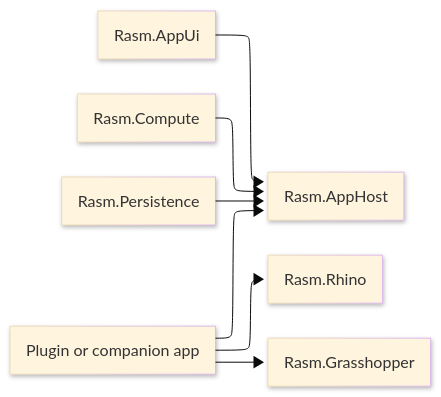
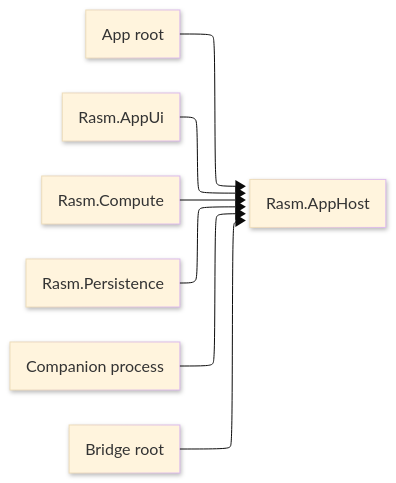
The diagram in libs/csharp/Rasm.AppHost/ARCHITECTURE.md (bsamiee/Rasm), drawn with Mermaid before and after one commit. The commit also changed other lines of this file and 65 other files, not shown here.

Commit message:
Align app package docs and package graph

````diff
--- a/libs/csharp/Rasm.AppHost/ARCHITECTURE.md
+++ b/libs/csharp/Rasm.AppHost/ARCHITECTURE.md
@@ -7,24 +7,17 @@
 ```mermaid
 ---
 config:
   layout: elk
   look: neo
   theme: base
 ---
 flowchart LR
     accTitle: AppHost runtime spine
-    accDescr: AppHost owns neutral runtime policy used by UI, compute, persistence, Rhino and Grasshopper app roots, and companion services.
-    Host["Rasm.AppHost"]
-    Ui["Rasm.AppUi"]
-    Compute["Rasm.Compute"]
-    Store["Rasm.Persistence"]
-    Rhino["Rasm.Rhino"]
-    Gh["Rasm.Grasshopper"]
-    App["Plugin or companion app"]
-    App --> Host
-    Ui --> Host
-    Compute --> Host
-    Store --> Host
-    App --> Rhino
-    App --> Gh
+    accDescr: AppHost owns runtime policy and implementation packages adapt to it without AppHost referencing implementation assemblies.
+    AppRoot["App root"] --> AppHost["Rasm.AppHost"]
+    AppUi["Rasm.AppUi"] --> AppHost
+    Compute["Rasm.Compute"] --> AppHost
+    Persistence["Rasm.Persistence"] --> AppHost
+    Companion["Companion process"] --> AppHost
+    Bridge["Bridge root"] --> AppHost
 ```
````
